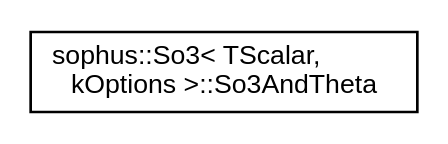
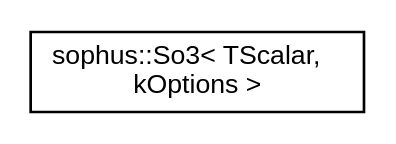
One commit to strasdat/Sophus changed the diagram in latest/_static/inherit_graph_112.dot. Above: the diagram before and after it, drawn with Graphviz. The commit also changed 212 other files, not shown here.

```diff
--- a/latest/_static/inherit_graph_112.dot
+++ b/latest/_static/inherit_graph_112.dot
@@ -1,8 +1,8 @@
 digraph "Graphical Class Hierarchy"
 {
  // LATEX_PDF_SIZE
   edge [fontname="Helvetica",fontsize="10",labelfontname="Helvetica",labelfontsize="10"];
   node [fontname="Helvetica",fontsize="10",shape=record];
   rankdir="LR";
-  Node0 [label="sophus::So3\< TScalar,\l kOptions \>::So3AndTheta",height=0.2,width=0.4,color="black", fillcolor="white", style="filled",URL="$structsophus_1_1_so3_1_1_so3_and_theta.html",tooltip=" "];
+  Node0 [label="sophus::So3\< TScalar,\l kOptions \>",height=0.2,width=0.4,color="black", fillcolor="white", style="filled",URL="$classsophus_1_1_so3.html",tooltip="So3 using default storage; derived from So3Base."];
 }
```
